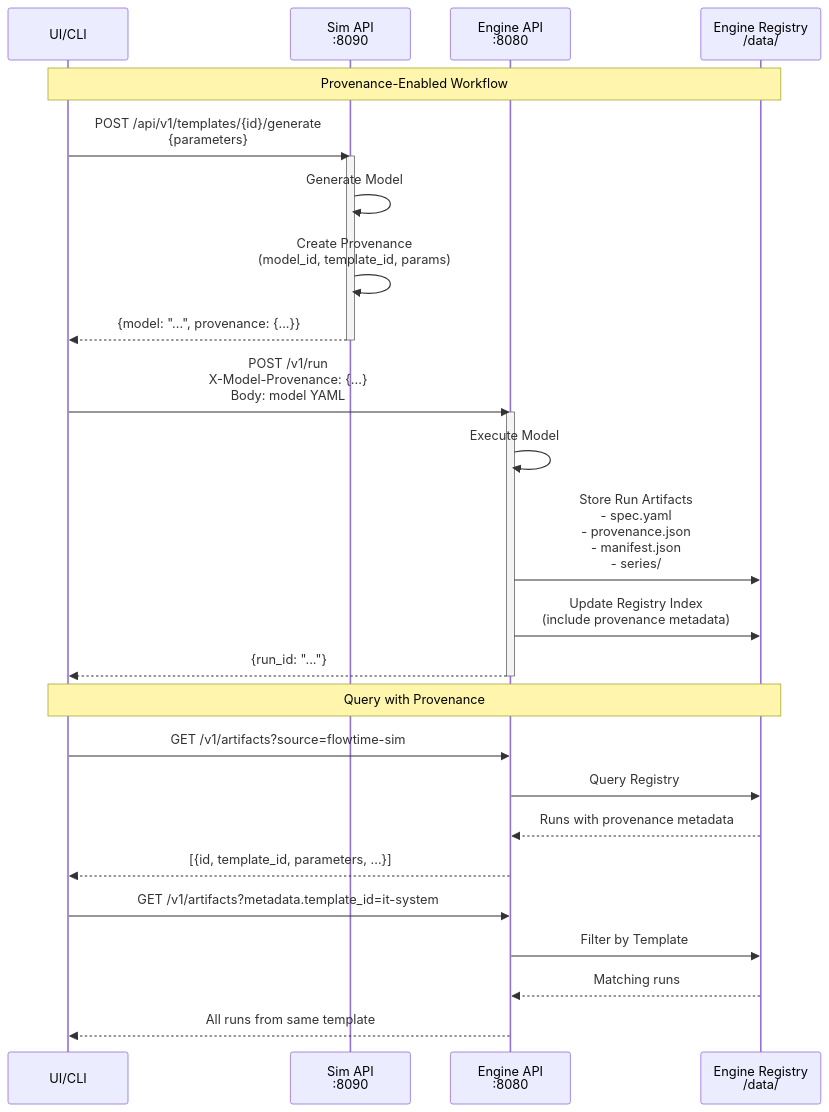
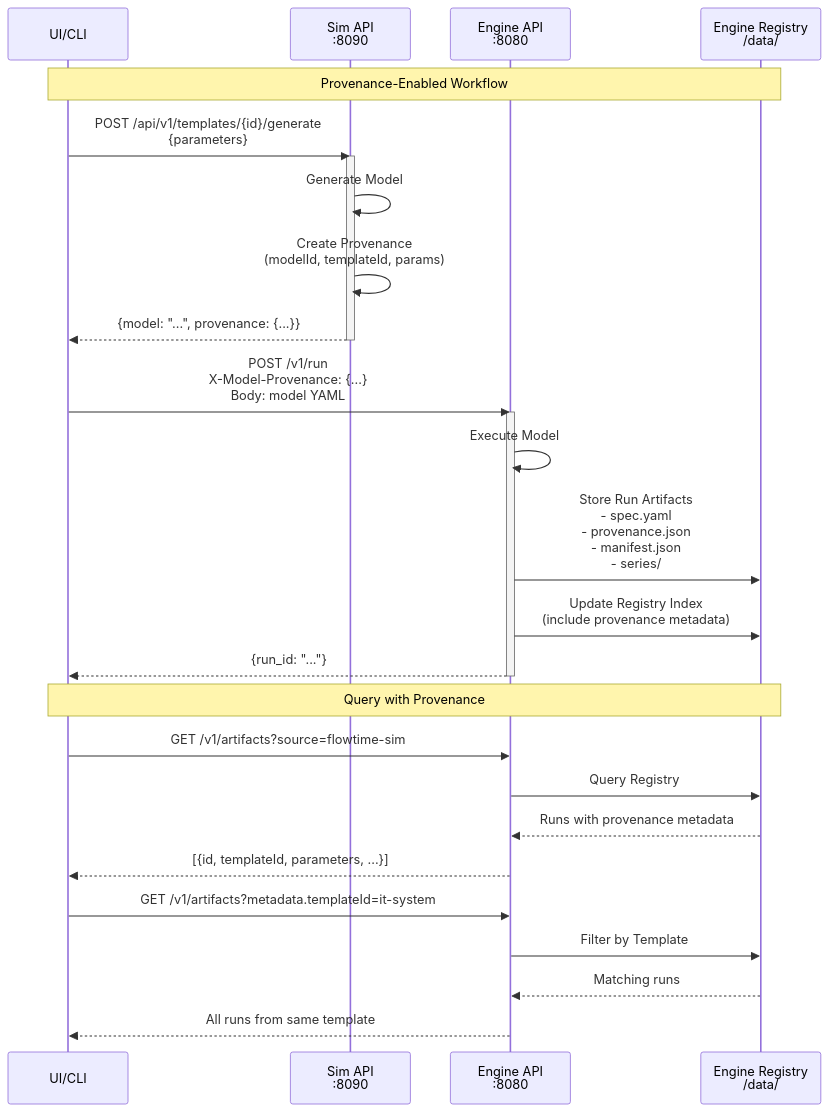
One commit to 23min/FlowTime changed the diagram in docs/milestones/SIM-M2.7.md. Above: the diagram before and after it, drawn with Mermaid. The commit also changed other lines of this file and 5 other files, not shown here.

````diff
--- a/docs/milestones/SIM-M2.7.md
+++ b/docs/milestones/SIM-M2.7.md
@@ -198,36 +205,36 @@
 ```mermaid
 sequenceDiagram
     participant U as UI/CLI
     participant S as Sim API<br/>:8090
     participant E as Engine API<br/>:8080
     participant R as Engine Registry<br/>/data/
 
     Note over U,R: Provenance-Enabled Workflow
 
     U->>S: POST /api/v1/templates/{id}/generate<br/>{parameters}
     activate S
     S->>S: Generate Model
-    S->>S: Create Provenance<br/>(model_id, template_id, params)
+    S->>S: Create Provenance<br/>(modelId, templateId, params)
     S-->>U: {model: "...", provenance: {...}}
     deactivate S
 
     U->>E: POST /v1/run<br/>X-Model-Provenance: {...}<br/>Body: model YAML
     activate E
     E->>E: Execute Model
     E->>R: Store Run Artifacts<br/>- spec.yaml<br/>- provenance.json<br/>- manifest.json<br/>- series/
     E->>R: Update Registry Index<br/>(include provenance metadata)
     E-->>U: {run_id: "..."}
     deactivate E
 
     Note over U,R: Query with Provenance
 
     U->>E: GET /v1/artifacts?source=flowtime-sim
     E->>R: Query Registry
     R-->>E: Runs with provenance metadata
-    E-->>U: [{id, template_id, parameters, ...}]
+    E-->>U: [{id, templateId, parameters, ...}]
 
-    U->>E: GET /v1/artifacts?metadata.template_id=it-system
+    U->>E: GET /v1/artifacts?metadata.templateId=it-system
     E->>R: Filter by Template
     R-->>E: Matching runs
     E-->>U: All runs from same template
 ```
````
